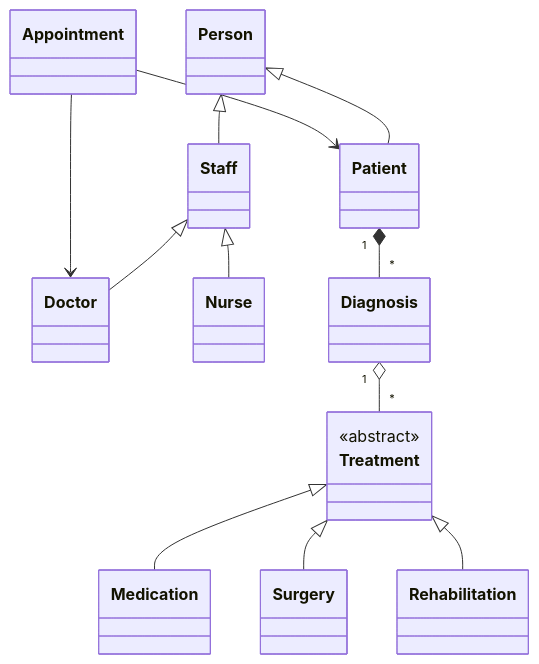
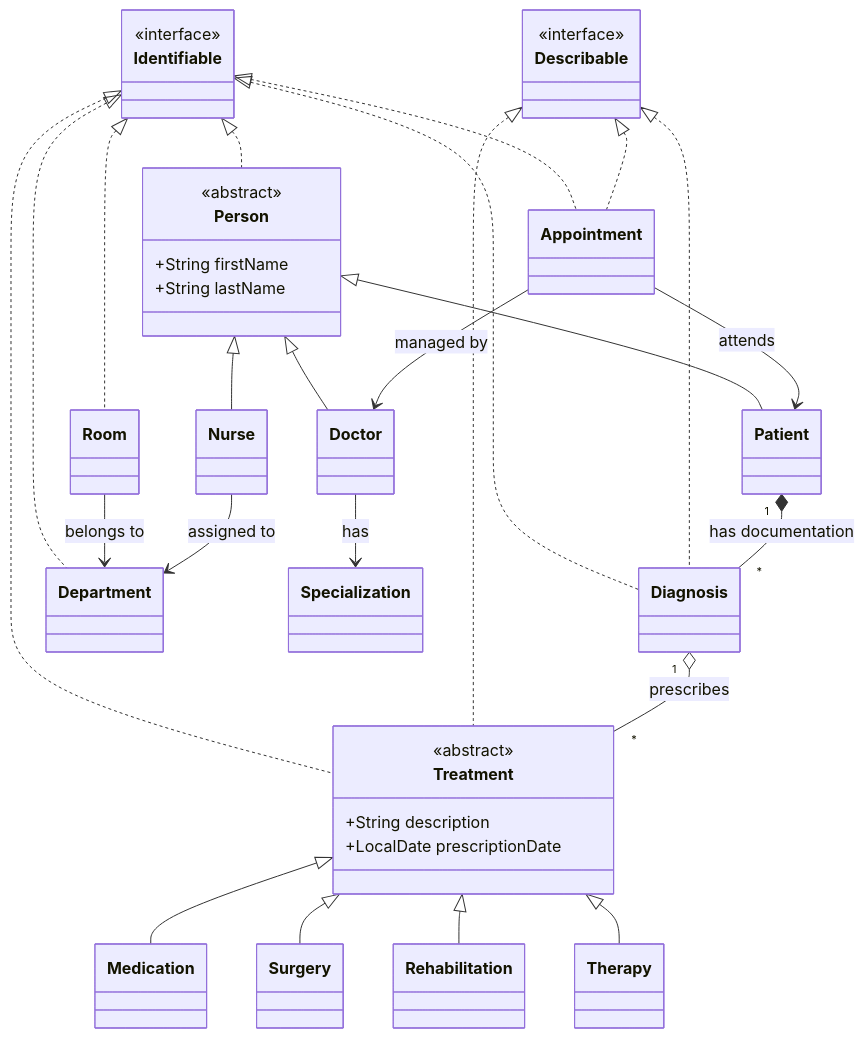
One commit to Adz1q/hospital-management changed the diagram in README.md. Above: the diagram before and after it, drawn with Mermaid. The commit also changed other lines of this file, not shown here.

````diff
--- a/README.md
+++ b/README.md
@@ -40,19 +40,48 @@
 ```mermaid
 classDiagram
-    Person <|-- Patient
-    Person <|-- Staff
-    Staff <|-- Doctor
-    Staff <|-- Nurse
+    %% Interfaces
+    class Identifiable { <<interface>> }
+    class Describable { <<interface>> }
 
+    %% Base Classes
+    class Person {
+        <<abstract>>
+        +String firstName
+        +String lastName
+    }
     class Treatment {
         <<abstract>>
+        +String description
+        +LocalDate prescriptionDate
     }
+
+    %% Inheritance Hierarchy
+    Identifiable <|.. Person
+    Identifiable <|.. Treatment
+    Identifiable <|.. Appointment
+    Identifiable <|.. Room
+    Identifiable <|.. Diagnosis
+    Identifiable <|.. Department
+    
+    Describable <|.. Treatment
+    Describable <|.. Appointment
+    Describable <|.. Diagnosis
+    
+    Person <|-- Patient
+    Person <|-- Doctor
+    Person <|-- Nurse
+
     Treatment <|-- Medication
     Treatment <|-- Surgery
     Treatment <|-- Rehabilitation
+    Treatment <|-- Therapy
 
-    Patient "1" *-- "*" Diagnosis
-    Diagnosis "1" o-- "*" Treatment
-    Appointment --> Doctor
-    Appointment --> Patient
+    %% Associations
+    Patient "1" *-- "*" Diagnosis : has documentation
+    Diagnosis "1" o-- "*" Treatment : prescribes
+    Appointment --> Doctor : managed by
+    Appointment --> Patient : attends
+    Doctor --> Specialization : has
+    Room --> Department : belongs to
+    Nurse --> Department : assigned to
 ```
````
